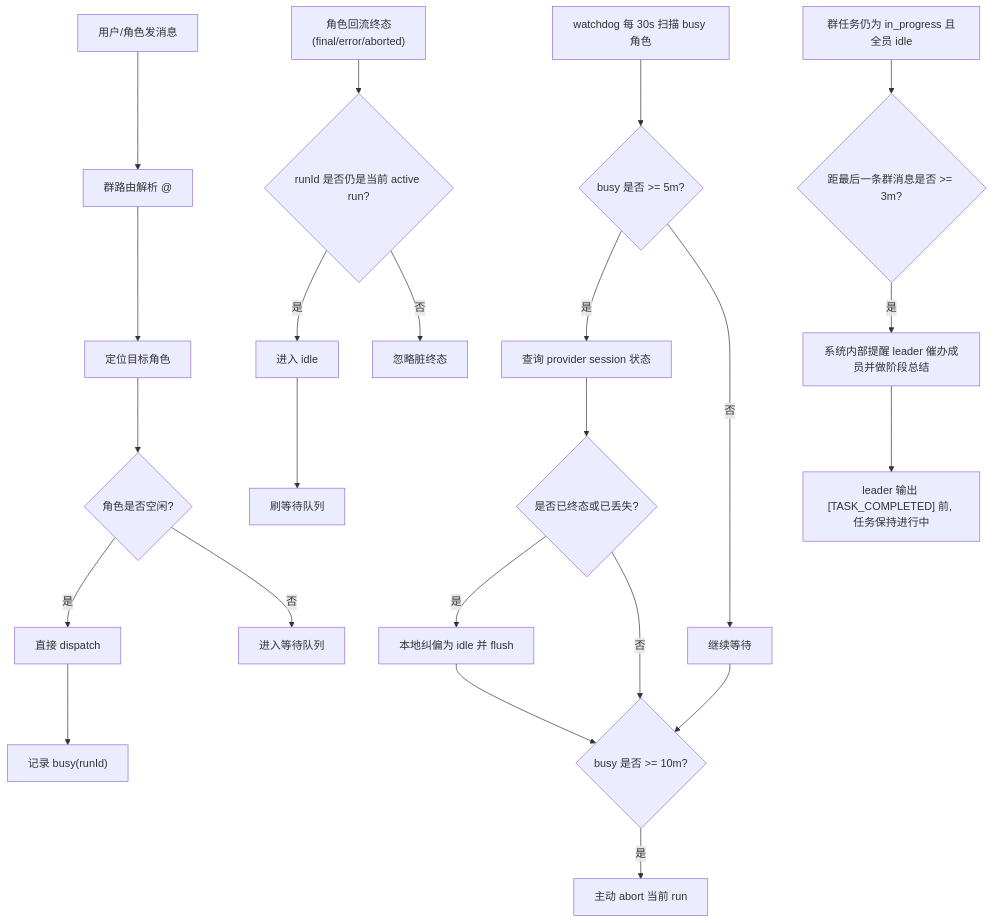
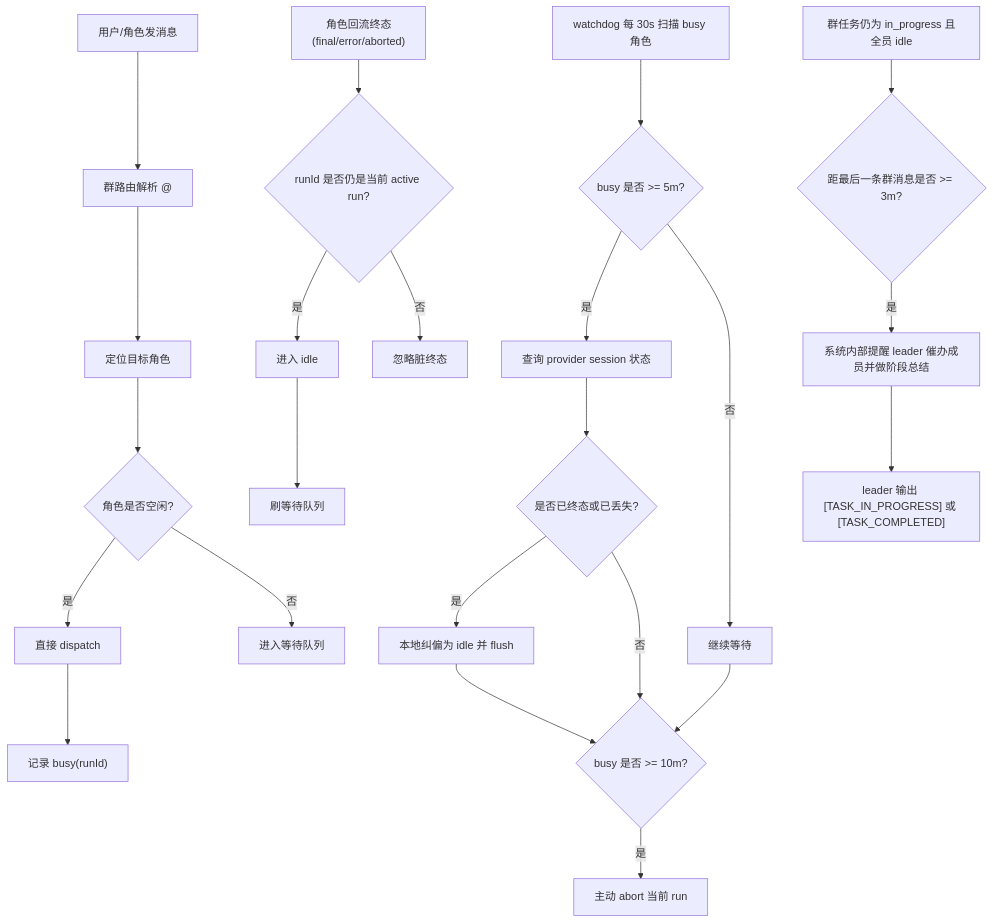
Before and after one commit to mattt-s/Chatbot: the diagram in docs/group-technical-design.md, drawn with Mermaid. The commit also changed other lines of this file and 10 other files, not shown here.

````diff
--- a/docs/group-technical-design.md
+++ b/docs/group-technical-design.md
@@ -117,28 +125,28 @@
 ```mermaid
 flowchart TD
     A["用户/角色发消息"] --> B["群路由解析 @"]
     B --> C["定位目标角色"]
     C --> D{"角色是否空闲?"}
     D -->|是| E["直接 dispatch"]
     E --> F["记录 busy(runId)"]
     D -->|否| G["进入等待队列"]
 
     H["角色回流终态<br/>(final/error/aborted)"] --> I{"runId 是否仍是当前 active run?"}
     I -->|是| J["进入 idle"]
     J --> K["刷等待队列"]
     I -->|否| L["忽略脏终态"]
 
     M["watchdog 每 30s 扫描 busy 角色"] --> N{"busy 是否 >= 5m?"}
     N -->|是| O["查询 provider session 状态"]
     O --> P{"是否已终态或已丢失?"}
     P -->|是| Q["本地纠偏为 idle 并 flush"]
     N -->|否| R["继续等待"]
     Q --> S{"busy 是否 >= 10m?"}
     R --> S
     P -->|否| S
     S -->|是| T["主动 abort 当前 run"]
 
     U["群任务仍为 in_progress 且全员 idle"] --> V{"距最后一条群消息是否 >= 3m?"}
     V -->|是| W["系统内部提醒 leader 催办成员并做阶段总结"]
-    W --> X["leader 输出 [TASK_COMPLETED] 前, 任务保持进行中"]
+    W --> X["leader 输出 [TASK_IN_PROGRESS] 或 [TASK_COMPLETED]"]
 ```
````
